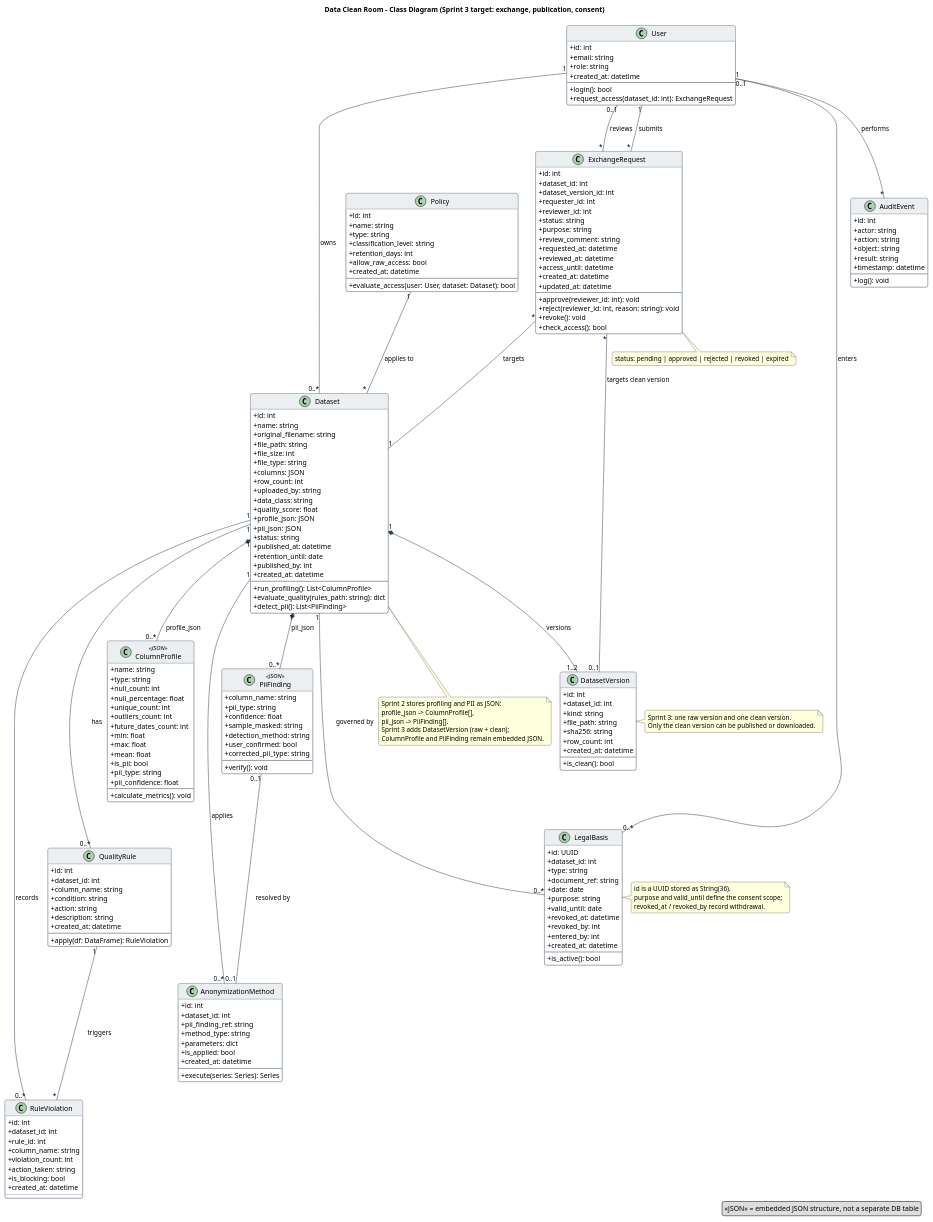
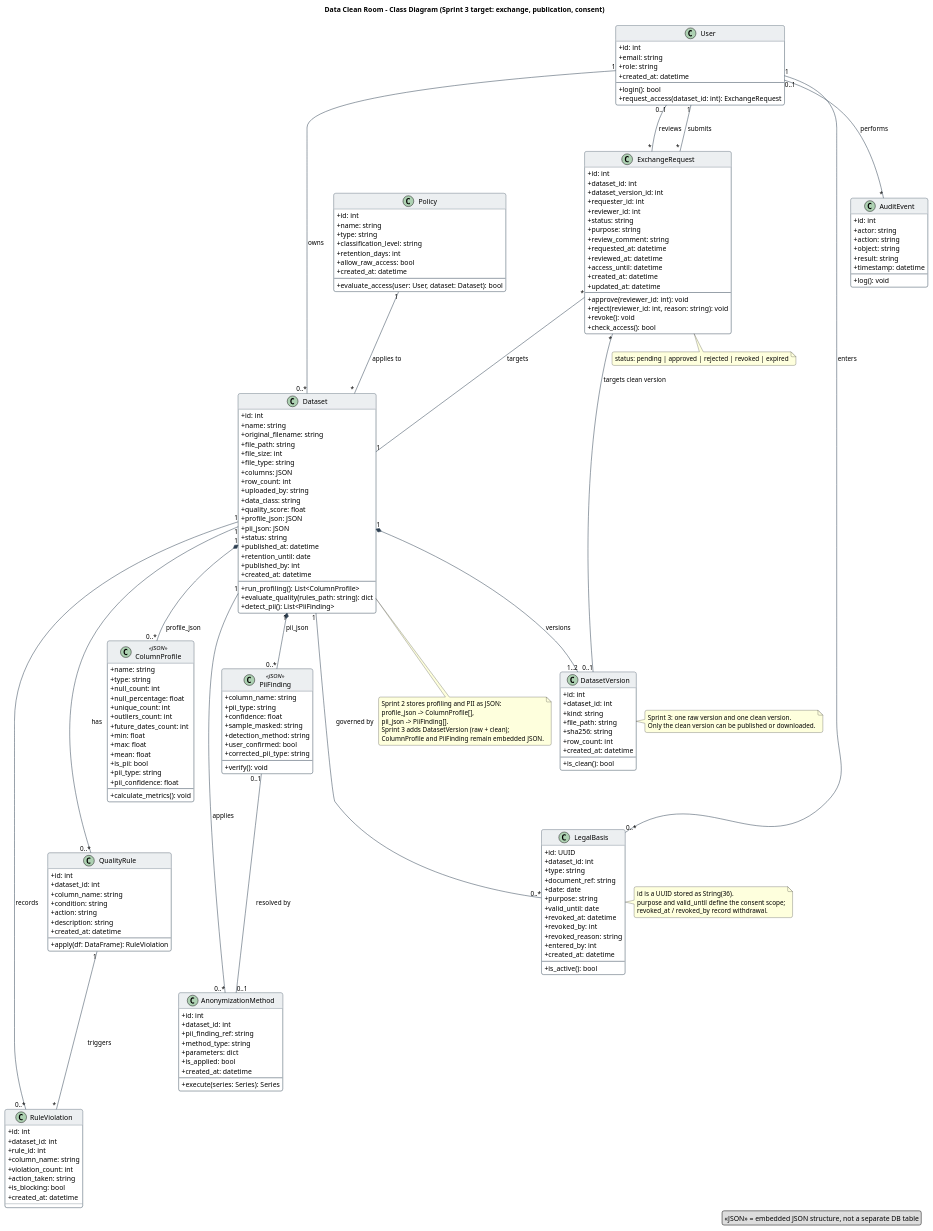
One commit to olesJS/data_clean_room changed the diagram in docs/architecture/class-diagram.puml. Above: the diagram before and after it, drawn with PlantUML. The commit also changed 1 other file, not shown here.

Commit message:
docs(SCRUM-59): add revoked_reason to legal basis class

```diff
--- a/docs/architecture/class-diagram.puml
+++ b/docs/architecture/class-diagram.puml
@@ -155,6 +155,7 @@
     + valid_until: date
     + revoked_at: datetime
     + revoked_by: int
+    + revoked_reason: string
     + entered_by: int
     + created_at: datetime
     --
```
